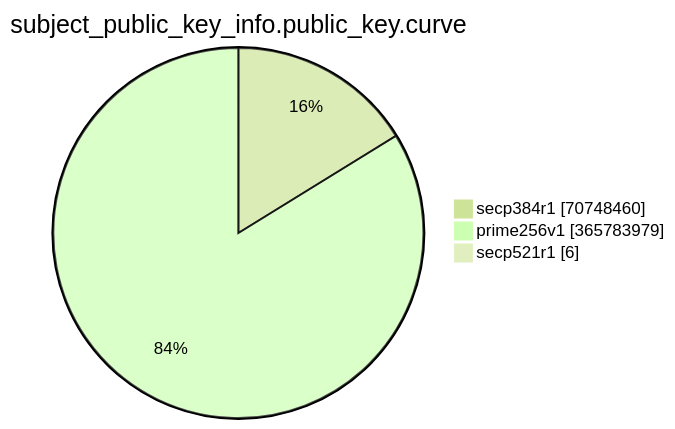
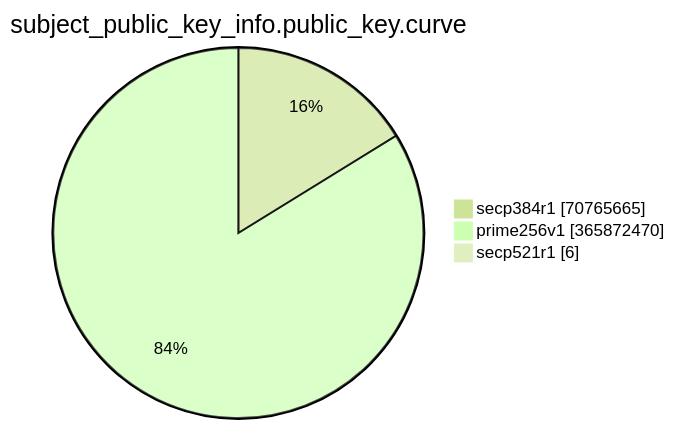
One commit to christiankrug/ctmonitor_visualization changed the eighth of 15 diagrams in TOTAL/README.md. Above: the diagram before and after it, drawn with Mermaid (forest theme). The commit also changed other lines of this file, not shown here.

````diff
--- a/TOTAL/README.md
+++ b/TOTAL/README.md
@@ -3092,7 +3092,7 @@
 ```mermaid
 pie showData
 title subject_public_key_info.public_key.curve
-"secp384r1" :70748460
-"prime256v1" :365783979
+"secp384r1" :70765665
+"prime256v1" :365872470
 "secp521r1" :6
 ```
````
